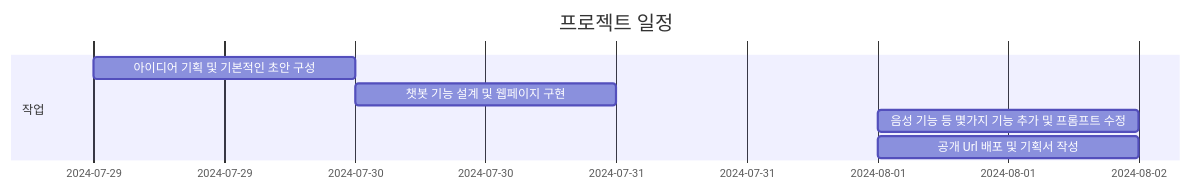
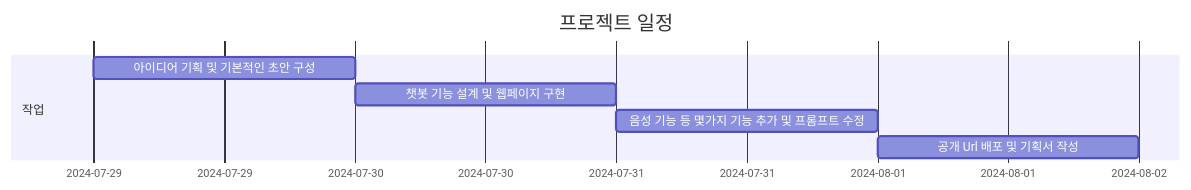
The first of 2 diagrams in README.md (Yoo117/Practice-Repository), drawn with Mermaid before and after one commit.

````diff
--- a/README.md
+++ b/README.md
@@ -25,10 +25,10 @@
 ```mermaid
 gantt
     title 프로젝트 일정
     dateFormat YYYY-MM-DD
     section 작업
     아이디어 기획 및 기본적인 초안 구성 :a1, 2024-07-29, 1d
-    챗봇 기능 설계 및 웹페이지 구현 :after a1  , 1d
-    음성 기능 등 몇가지 기능 추가 및 프롬프트 수정 :after a2  , 1d
-    공개 Url 배포 및 기획서 작성 :after a3  , 1d
+    챗봇 기능 설계 및 웹페이지 구현 :a2,  after a1  , 1d
+    음성 기능 등 몇가지 기능 추가 및 프롬프트 수정 :a3,  after a2  , 1d
+    공개 Url 배포 및 기획서 작성 :a4,  after a3  , 1d
 ```
````
